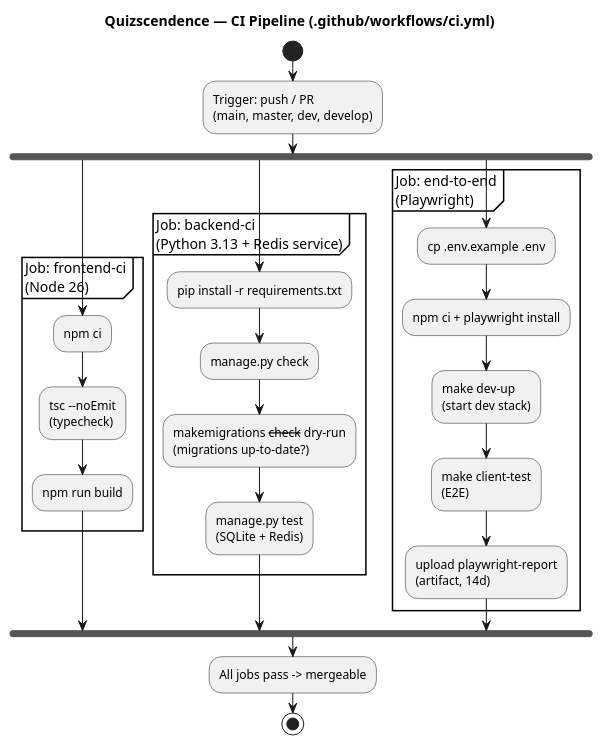
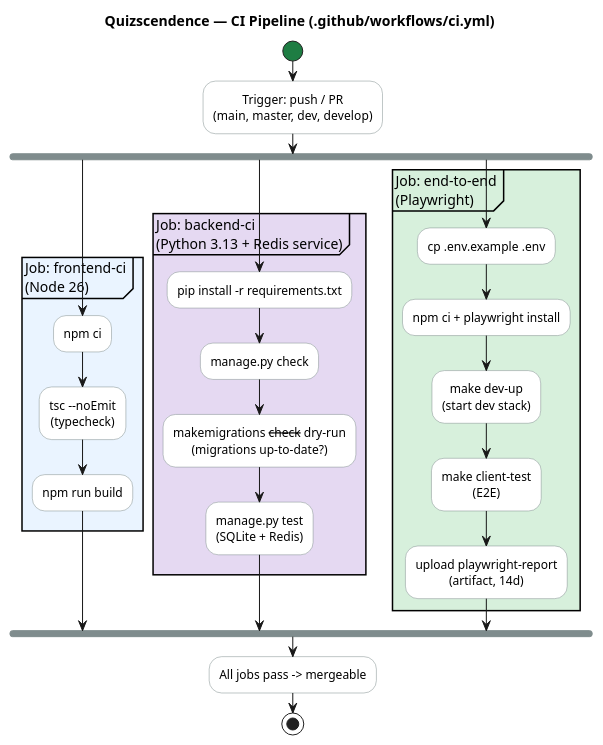
The diagram in docs/ci_pipeline.puml (Jzackiewicz/42_ft_transcendence), drawn with PlantUML before and after one commit. The commit also changed 7 other files, not shown here.

Commit message:
Final Diagrams

```diff
--- a/docs/ci_pipeline.puml
+++ b/docs/ci_pipeline.puml
@@ -1,33 +1,46 @@
 @startuml Quizscendence_CI
 title Quizscendence — CI Pipeline (.github/workflows/ci.yml)
 
 skinparam shadowing false
+skinparam defaultTextAlignment center
+
+' ---- Shared palette (matches logical_view) ----
+skinparam activity {
+  BackgroundColor #FFFFFF
+  BorderColor #7F8C8D
+  DiamondBackgroundColor #FFE9A8
+  DiamondBorderColor #B8860B
+  StartColor #1E7D43
+  EndColor #C0392B
+  BarColor #7F8C8D
+}
+
 start
 :Trigger: push / PR\n(main, master, dev, develop);
 
 fork
-  partition "Job: frontend-ci\n(Node 26)" {
+  partition "Job: frontend-ci\n(Node 26)" #EAF4FF {
     :npm ci;
     :tsc --noEmit\n(typecheck);
     :npm run build;
   }
 fork again
-  partition "Job: backend-ci\n(Python 3.13 + Redis service)" {
+  partition "Job: backend-ci\n(Python 3.13 + Redis service)" #E5D9F2 {
     :pip install -r requirements.txt;
     :manage.py check;
     :makemigrations --check --dry-run\n(migrations up-to-date?);
     :manage.py test\n(SQLite + Redis);
   }
 fork again
-  partition "Job: end-to-end\n(Playwright)" {
+  partition "Job: end-to-end\n(Playwright)" #D7F0DC {
     :cp .env.example .env;
     :npm ci + playwright install;
     :make dev-up\n(start dev stack);
     :make client-test\n(E2E);
     :upload playwright-report\n(artifact, 14d);
   }
 end fork
 
 :All jobs pass -> mergeable;
 stop
 @enduml
```
